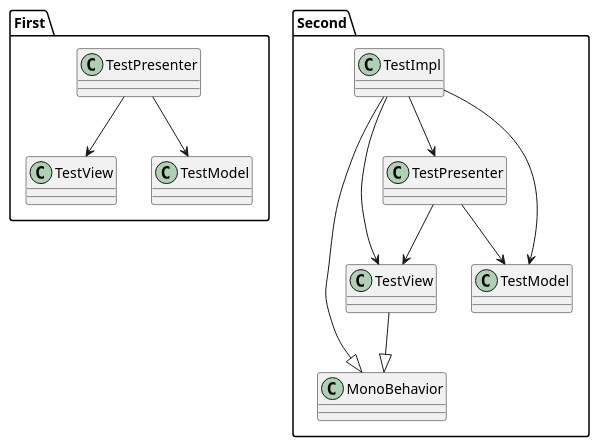
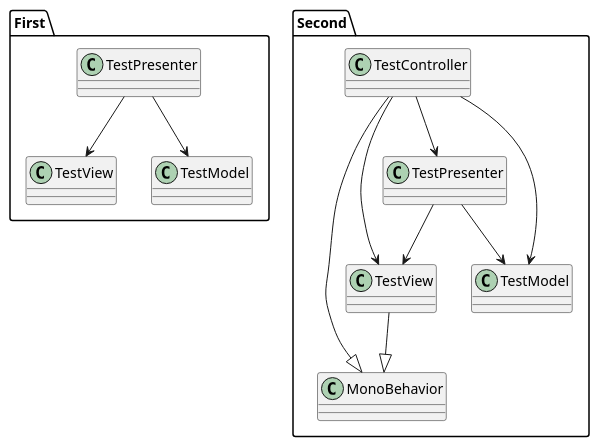
One commit to eiei114/TestSample changed the diagram in Assets/UML/FirstSecond.puml. Above: the diagram before and after it, drawn with PlantUML. The commit also changed 3 other files, not shown here.

```diff
--- a/Assets/UML/FirstSecond.puml
+++ b/Assets/UML/FirstSecond.puml
@@ -1,30 +1,30 @@
 @startuml
 'https://plantuml.com/class-diagram
 namespace First{
 class TestView
 class TestModel
 class TestPresenter
 
 TestPresenter --> TestModel
 TestPresenter --> TestView
 }
 
 namespace Second{
 class MonoBehavior
 
 class TestView
 class TestModel
 class TestPresenter
-class TestImpl
+class TestController
 
-TestImpl --> TestPresenter
-TestImpl --> TestView
-TestImpl --> TestModel
+TestController --> TestPresenter
+TestController --> TestView
+TestController --> TestModel
 
 TestPresenter -->TestModel
 TestPresenter-->TestView
 
-TestImpl --|> MonoBehavior
+TestController --|> MonoBehavior
 TestView --|> MonoBehavior
 }
 @enduml
```
